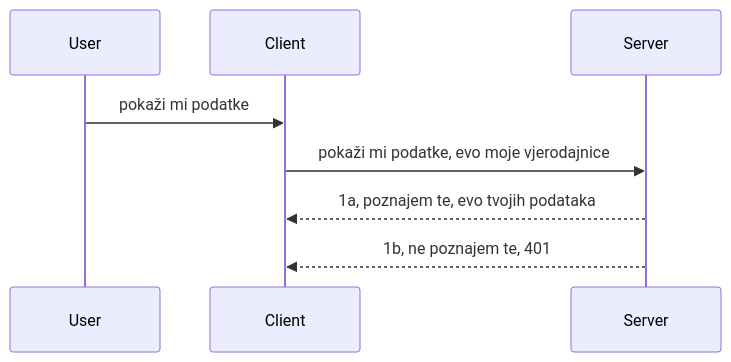
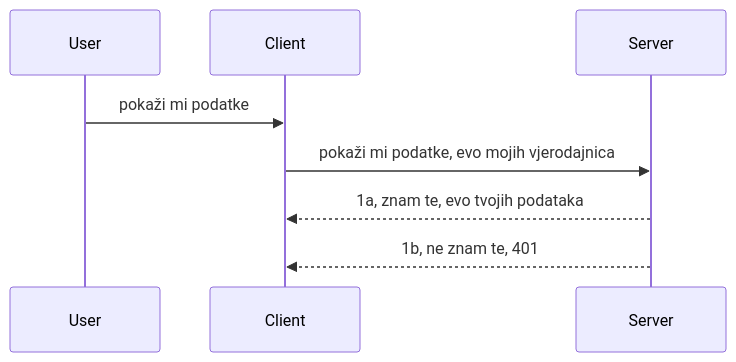
The diagram in mcp_ecosystem__model_context_protocol/mcp_learning_resources/mcp-for-beginners/translations/hr/03-GettingStarted/11-simple-auth/README.md (HIDORAKAI002/ai-workspace-archive), drawn with Mermaid before and after one commit. The commit also changed other lines of this file and 1046 other files, not shown here.

````diff
--- a/mcp_ecosystem__model_context_protocol/mcp_learning_resources/mcp-for-beginners/translations/hr/03-GettingStarted/11-simple-auth/README.md
+++ b/mcp_ecosystem__model_context_protocol/mcp_learning_resources/mcp-for-beginners/translations/hr/03-GettingStarted/11-simple-auth/README.md
@@ -24,11 +24,11 @@
 ```mermaid
 sequenceDiagram
    participant User
    participant Client
    participant Server
 
    User->>Client: pokaži mi podatke
-   Client->>Server: pokaži mi podatke, evo moje vjerodajnice
-   Server-->>Client: 1a, poznajem te, evo tvojih podataka
-   Server-->>Client: 1b, ne poznajem te, 401 
+   Client->>Server: pokaži mi podatke, evo mojih vjerodajnica
+   Server-->>Client: 1a, znam te, evo tvojih podataka
+   Server-->>Client: 1b, ne znam te, 401 
 ```
````
